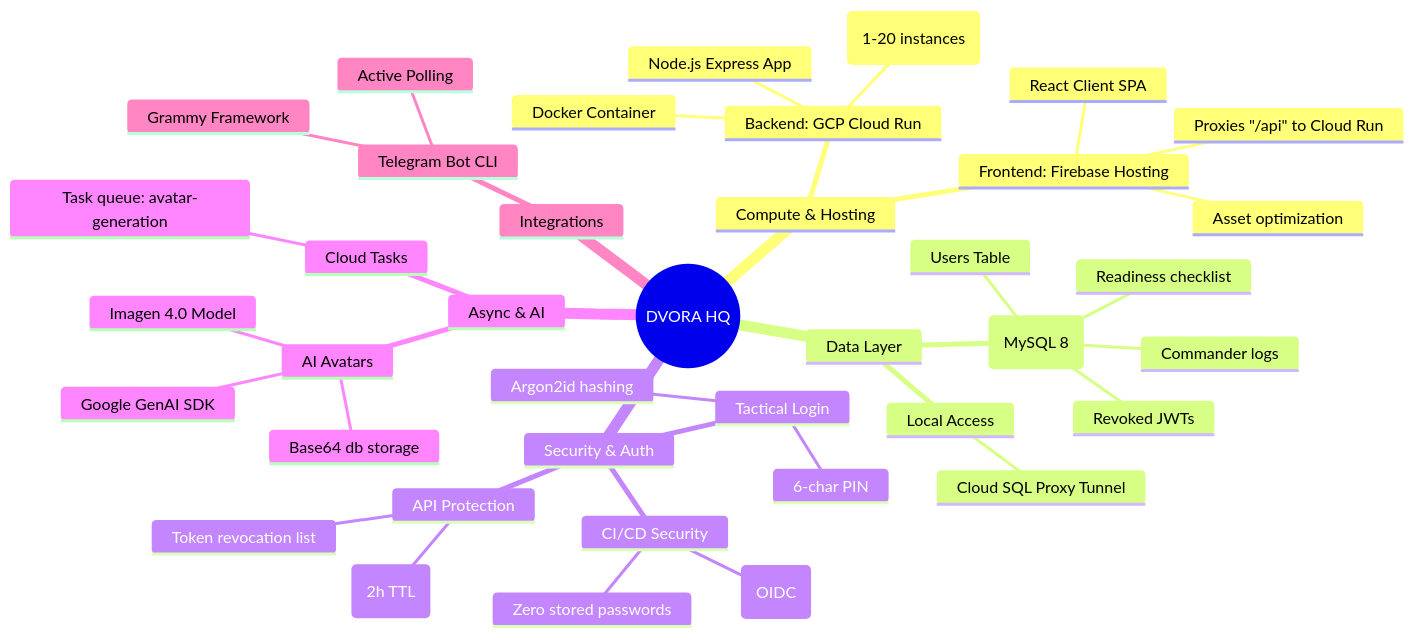
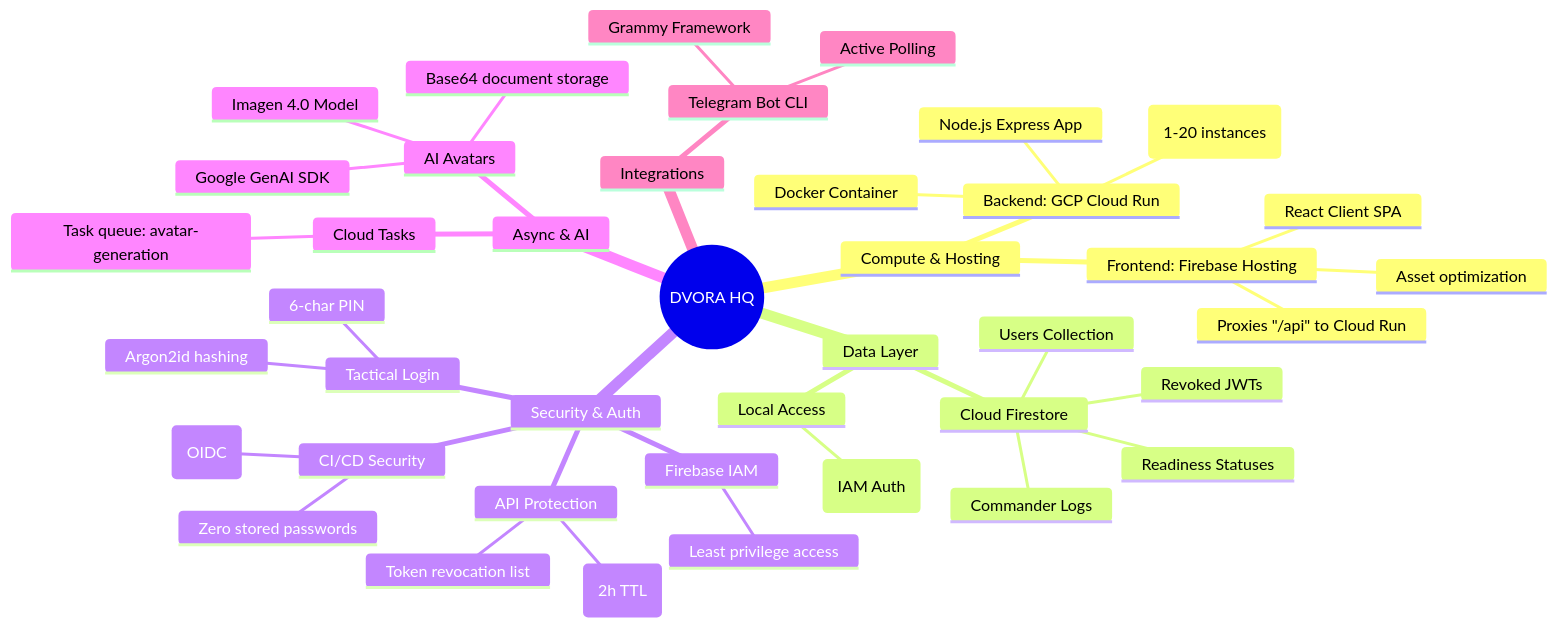
The diagram in ARCHITECTURE_MINDMAP.md (DimaMinka/dvora-hq), drawn with Mermaid before and after one commit. The commit also changed other lines of this file and 8 other files, not shown here.

Commit message:
feat: migrate backend and database to Cloud Firestore, update setup scripts

````diff
--- a/ARCHITECTURE_MINDMAP.md
+++ b/ARCHITECTURE_MINDMAP.md
@@ -7,42 +7,44 @@
 ```mermaid
 mindmap
   root((DVORA HQ))
     Compute & Hosting
       Backend: GCP Cloud Run
         Node.js Express App
         Docker Container
         Auto-scaling (1-20 instances)
       Frontend: Firebase Hosting
         React Client SPA
         Asset optimization
         Proxies "/api" to Cloud Run
     Data Layer
-      Cloud SQL (MySQL 8)
-        Users Table
-        Readiness checklist
-        Commander logs
+      Cloud Firestore
+        Users Collection
+        Readiness Statuses
+        Commander Logs
         Revoked JWTs
       Local Access
-        Cloud SQL Proxy Tunnel
+        Direct Firestore SDK (IAM Auth)
     Security & Auth
       Tactical Login
         6-char PIN
         Argon2id hashing
       API Protection
         JWT sessions (2h TTL)
         Token revocation list
       CI/CD Security
         Workload Identity Federation (OIDC)
         Zero stored passwords
+      Firebase IAM
+        Least privilege access
     Async & AI
       AI Avatars
         Google GenAI SDK
         Imagen 4.0 Model
-        Base64 db storage
+        Base64 document storage
       Cloud Tasks
         Task queue: avatar-generation
     Integrations
       Telegram Bot CLI
         Grammy Framework
         Active Polling
 ```
````
